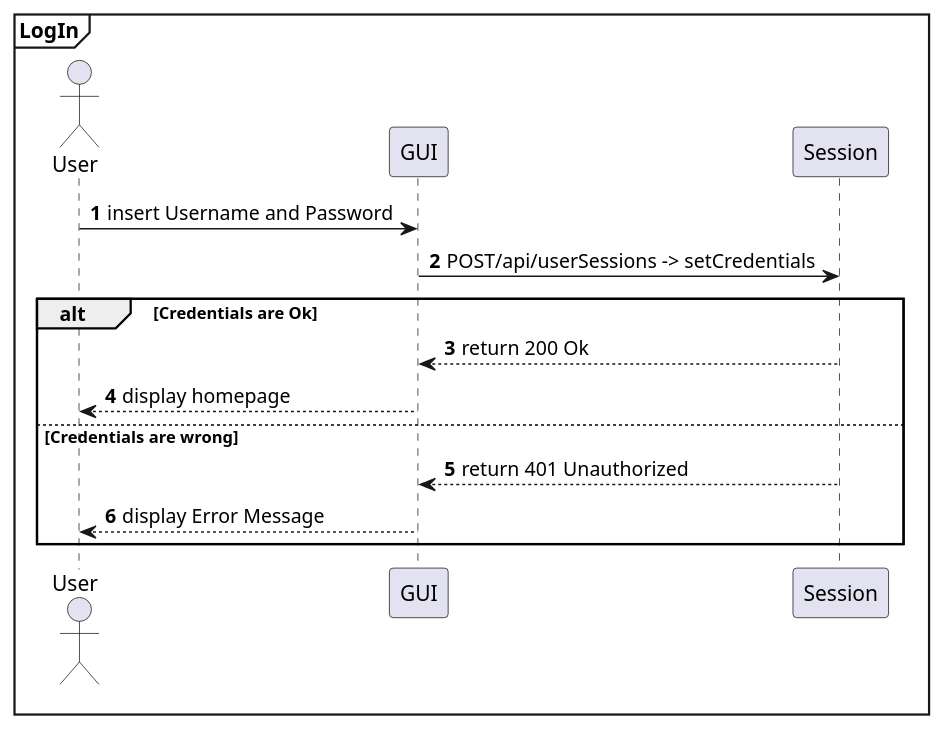
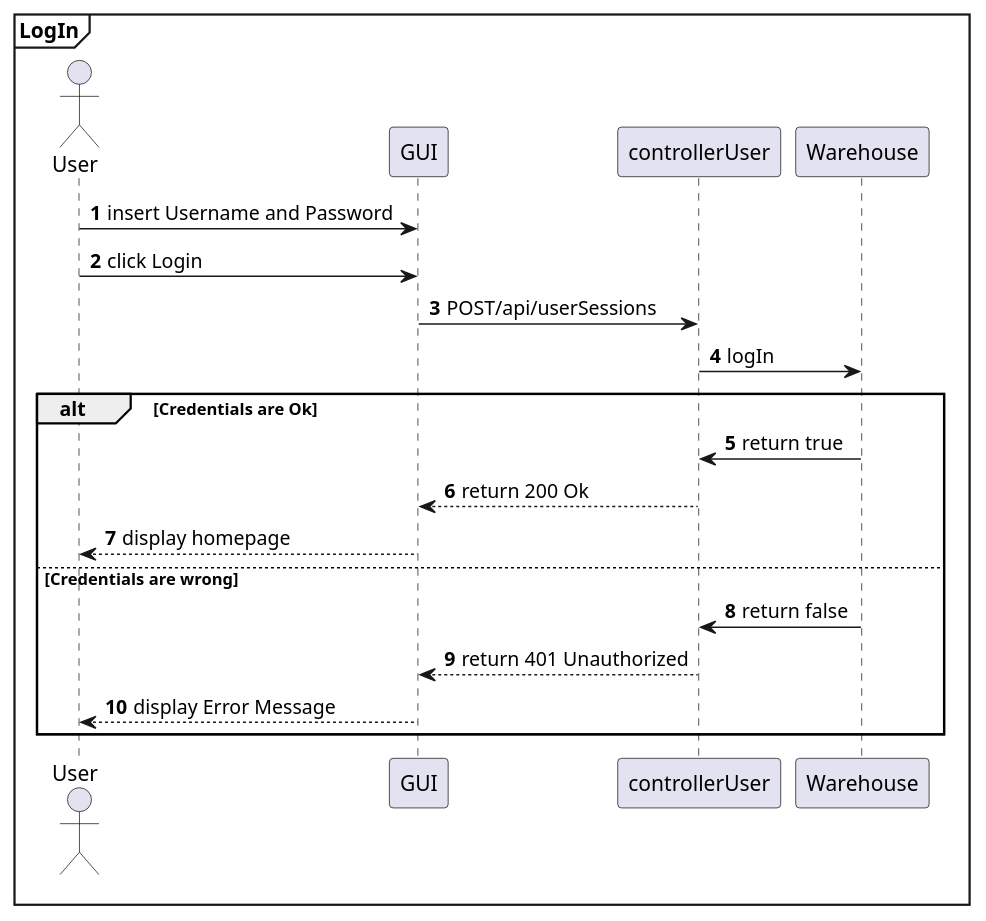
One commit to AlexZampa/EzWh changed diagram 19 of 29 in DesignDocument.md. Above: the diagram before and after it, drawn with PlantUML. The commit also changed other lines of this file, not shown here.

````diff
--- a/DesignDocument.md
+++ b/DesignDocument.md
@@ -974,19 +995,24 @@
 ```plantuml
 @startuml
 mainframe **LogIn**
 actor User
 participant GUI
-participant Session
+participant controllerUser
+participant Warehouse
 
 autonumber
 User -> GUI : insert Username and Password
-GUI -> Session : POST/api/userSessions -> setCredentials
+User -> GUI : click Login
+GUI -> controllerUser : POST/api/userSessions
+controllerUser -> Warehouse : logIn
 alt Credentials are Ok
-  GUI <-- Session : return 200 Ok
+  controllerUser <- Warehouse : return true
+  GUI <-- controllerUser : return 200 Ok
   User <-- GUI : display homepage
 else Credentials are wrong
-  GUI <-- Session : return 401 Unauthorized
+  controllerUser <- Warehouse : return false
+  GUI <-- controllerUser : return 401 Unauthorized
   User <-- GUI : display Error Message
 end
 @enduml
 ```
````
